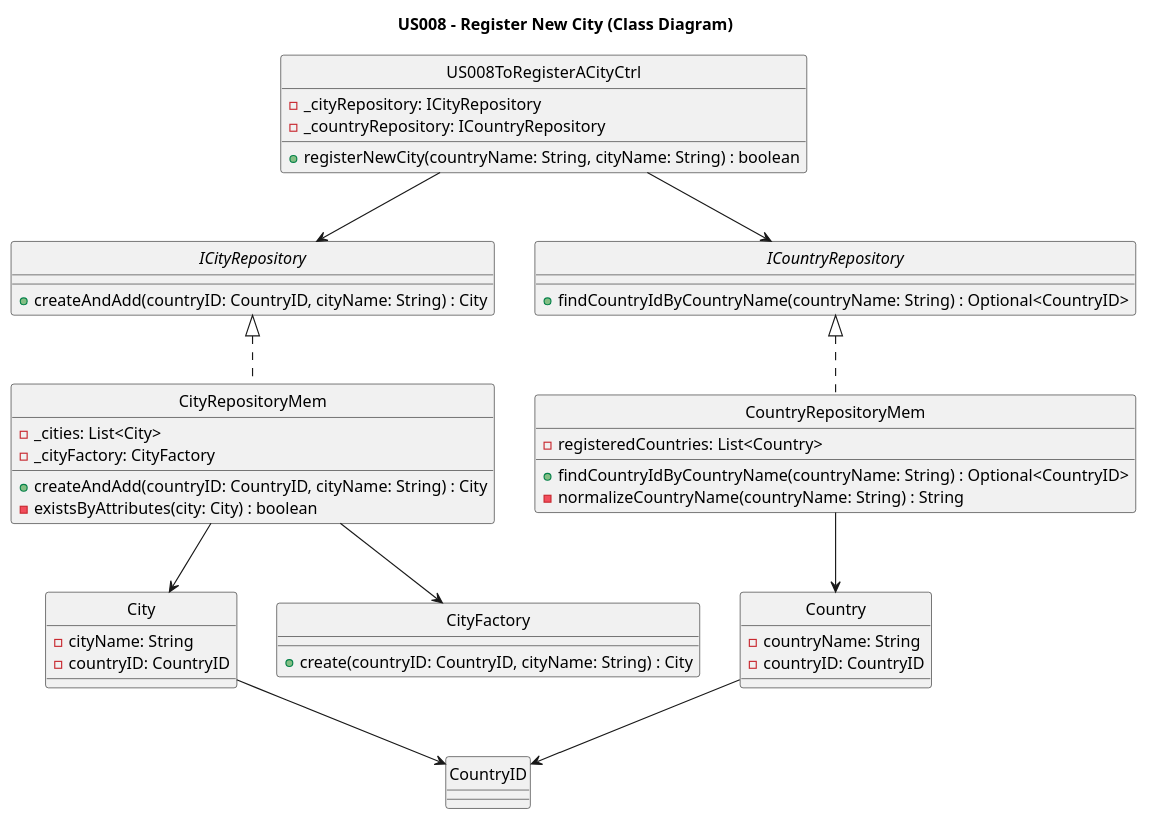
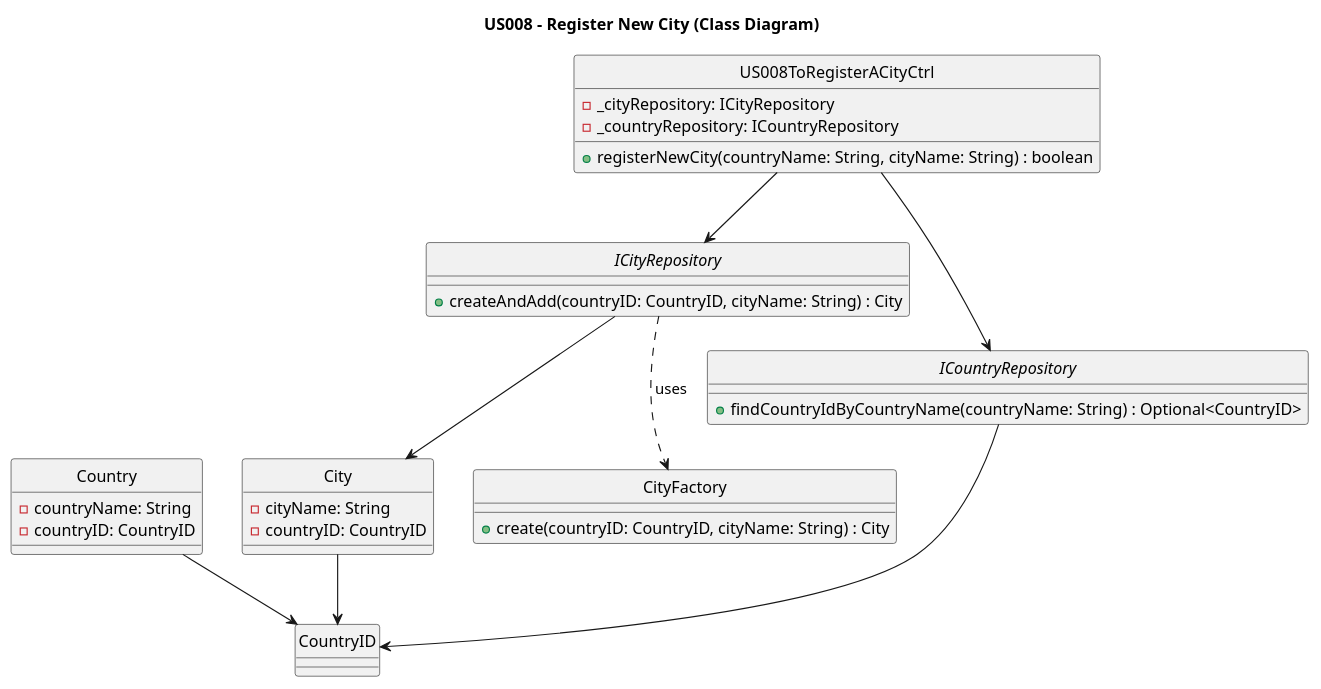
The diagram in Diagrams/ClassDiagrams/US008-to-register-new-city-in-the-system.puml (AndrePereiraGitH/SWitCH-Project-Team_A), drawn with PlantUML before and after one commit. The commit also changed 1 other file, not shown here.

Commit message:
Docs #495 (US008): corrections to the diagrams so they follow more closely conventions established for the project

```diff
--- a/Diagrams/ClassDiagrams/US008-to-register-new-city-in-the-system.puml
+++ b/Diagrams/ClassDiagrams/US008-to-register-new-city-in-the-system.puml
@@ -1,63 +1,47 @@
 @startuml
 hide circle
 title US008 - Register New City (Class Diagram)
 
 class City {
   -cityName: String
   -countryID: CountryID
 }
 
 class Country {
   -countryName: String
   -countryID: CountryID
 }
 
 class CountryID
 
 class CityFactory {
   +create(countryID: CountryID, cityName: String) : City
 }
 
 interface ICityRepository {
   +createAndAdd(countryID: CountryID, cityName: String) : City
 }
 
 interface ICountryRepository {
   +findCountryIdByCountryName(countryName: String) : Optional<CountryID>
 }
 
-class CityRepositoryMem {
-  -_cities: List<City>
-  -_cityFactory: CityFactory
-  +createAndAdd(countryID: CountryID, cityName: String) : City
-  -existsByAttributes(city: City) : boolean
-}
-
-class CountryRepositoryMem {
-  -registeredCountries: List<Country>
-  +findCountryIdByCountryName(countryName: String) : Optional<CountryID>
-  -normalizeCountryName(countryName: String) : String
-}
-
 class US008ToRegisterACityCtrl {
   -_cityRepository: ICityRepository
   -_countryRepository: ICountryRepository
   +registerNewCity(countryName: String, cityName: String) : boolean
 }
 
 ' Relationships
 US008ToRegisterACityCtrl --> ICityRepository
 US008ToRegisterACityCtrl --> ICountryRepository
 
-ICityRepository <|.. CityRepositoryMem
-ICountryRepository <|.. CountryRepositoryMem
-
-CityRepositoryMem --> CityFactory
-CityRepositoryMem --> City
-
-CountryRepositoryMem --> Country
+ICityRepository --> City
+ICountryRepository --> CountryID
 
 City --> CountryID
 Country --> CountryID
 
+ICityRepository ..> CityFactory : uses
+
 @enduml
```
